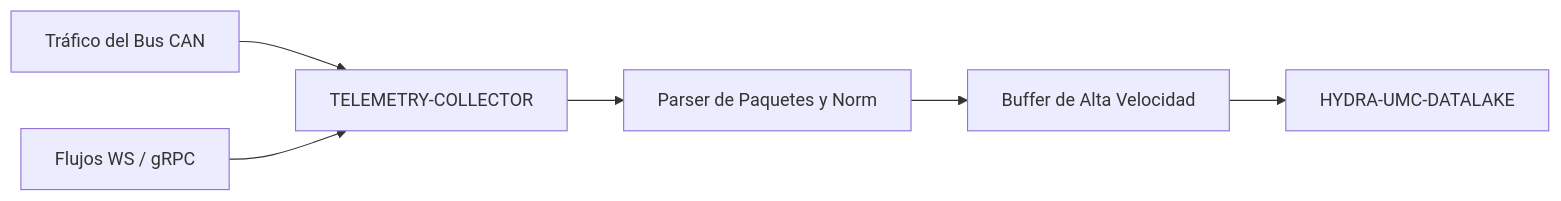
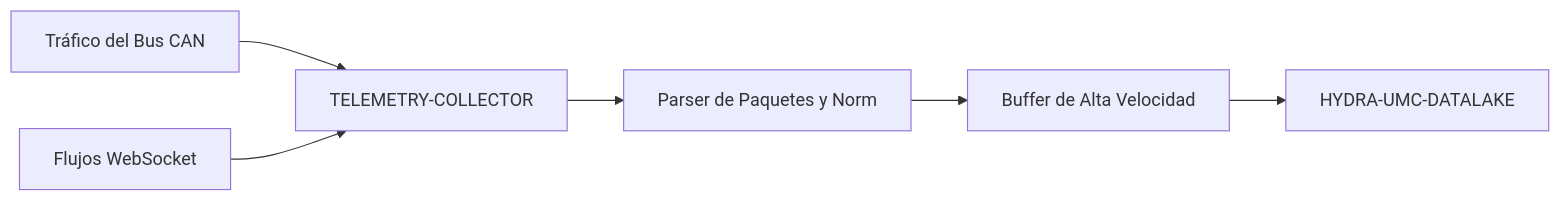
Before and after one commit to JuanenRac/HYDRA-UMC-TELEMETRY-COLLECTOR: the diagram in README_spa.md, drawn with Mermaid. The commit also changed other lines of this file and 6 other files, not shown here.

Commit message:
Fix public documentation: drop non-existent Rust and gRPC-ingestion claims (badges, overview, key features, mermaid) across 7 languages; keep gRPC only where accurate (planned marker + Related Projects)

````diff
--- a/README_spa.md
+++ b/README_spa.md
@@ -38,8 +38,8 @@
 ```mermaid
 flowchart LR
     CAN["Tráfico del Bus CAN"] --> COLL["TELEMETRY-COLLECTOR"]
-    WS["Flujos WS / gRPC"] --> COLL
+    WS["Flujos WebSocket"] --> COLL
     COLL --> PARSE["Parser de Paquetes y Norm"]
     PARSE --> BUF["Buffer de Alta Velocidad"]
     BUF --> LAKE["HYDRA-UMC-DATALAKE"]
 ```
````
